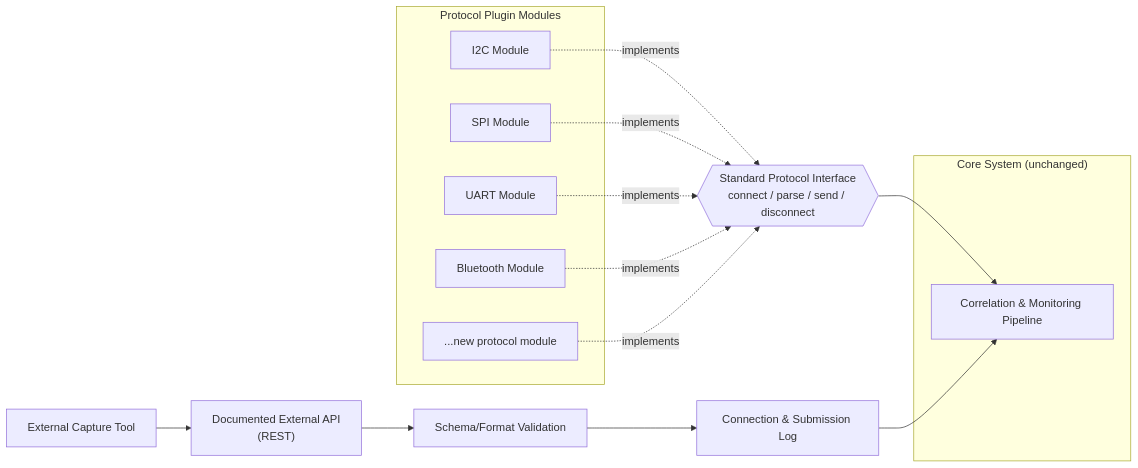
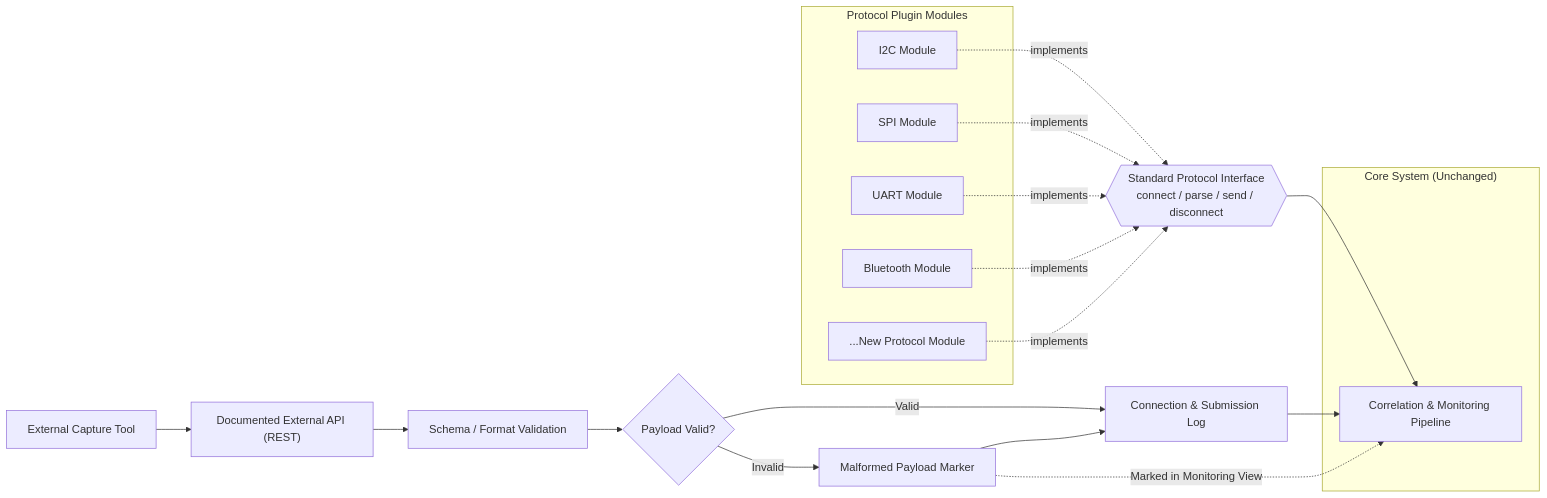
One commit to EG-ETCS/wiresploit changed diagram 14 of 18 in docs/01_Requirements/01_SysRS/05_System_Architecture.md. Above: the diagram before and after it, drawn with Mermaid. The commit also changed other lines of this file, not shown here.

First line of the commit message:
Map functional requirements and update architecture

````diff
--- a/docs/01_Requirements/01_SysRS/05_System_Architecture.md
+++ b/docs/01_Requirements/01_SysRS/05_System_Architecture.md
@@ -702,26 +797,45 @@
 ```mermaid
 flowchart LR
-    subgraph CORE["Core System (unchanged)"]
+
+    subgraph CORE["Core System (Unchanged)"]
         PIPELINE["Correlation & Monitoring Pipeline"]
     end
 
     subgraph PLUGINS["Protocol Plugin Modules"]
         P1["I2C Module"]
         P2["SPI Module"]
         P3["UART Module"]
         P4["Bluetooth Module"]
-        P5["...new protocol module"]
+        P5["...New Protocol Module"]
     end
 
     IFACE{{"Standard Protocol Interface\nconnect / parse / send / disconnect"}}
 
     P1 & P2 & P3 & P4 & P5 -.->|"implements"| IFACE
     IFACE --> PIPELINE
 
-    EXTAPI["Documented External API\n(REST)"]
+    EXTAPI["Documented External API (REST)"]
+
     EXTTOOL["External Capture Tool"]
-    VALID["Schema/Format Validation"]
+
+    VALID["Schema / Format Validation"]
+
+    DECISION{"Payload Valid?"}
+
+    MALFORMED["Malformed Payload Marker"]
+
     LOG["Connection & Submission Log"]
 
-    EXTTOOL --> EXTAPI --> VALID --> LOG --> PIPELINE
+    PIPELINE
+
+    EXTTOOL --> EXTAPI
+    EXTAPI --> VALID
+    VALID --> DECISION
+
+    DECISION -->|Valid| LOG
+    LOG --> PIPELINE
+
+    DECISION -->|Invalid| MALFORMED
+    MALFORMED --> LOG
+    MALFORMED -.Marked in Monitoring View.-> PIPELINE
 ```
````
